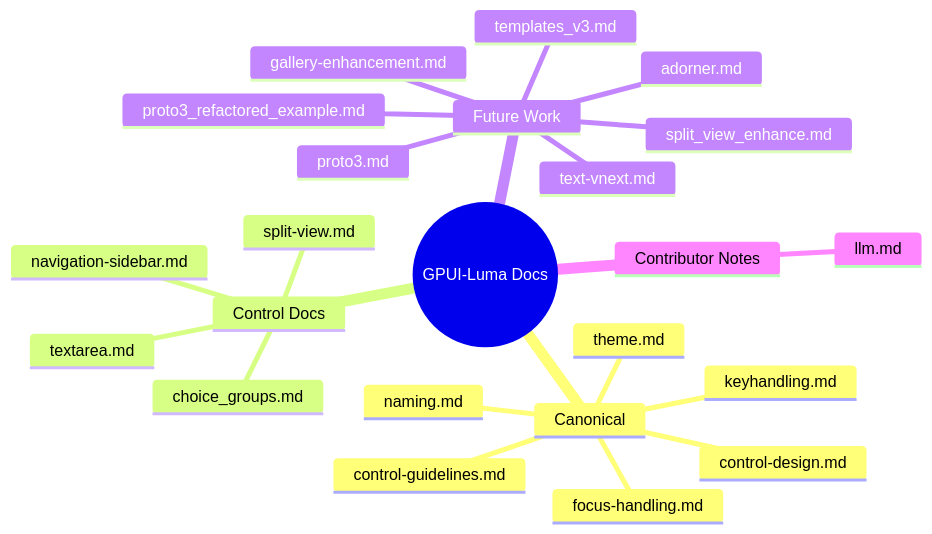
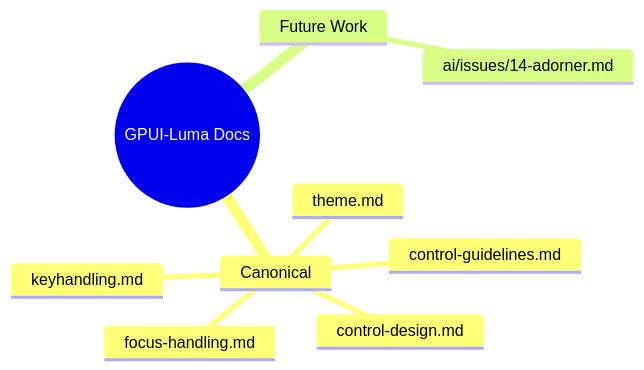
The diagram in docs/README.md (gpui-luma-dev/gpui-luma), drawn with Mermaid before and after one commit. The commit also changed other lines of this file and 14 other files, not shown here.

````diff
--- a/docs/README.md
+++ b/docs/README.md
@@ -7,26 +7,12 @@
 ```mermaid
 mindmap
   root((GPUI-Luma Docs))
     Canonical
       control-design.md
       control-guidelines.md
       focus-handling.md
       keyhandling.md
       theme.md
-      naming.md
-    Control Docs
-      choice_groups.md
-      navigation-sidebar.md
-      split-view.md
-      textarea.md
     Future Work
-      adorner.md
-      gallery-enhancement.md
-      split_view_enhance.md
-      templates_v3.md
-      text-vnext.md
-      proto3.md
-      proto3_refactored_example.md
-    Contributor Notes
-      llm.md
+      ai/issues/14-adorner.md
 ```
````
